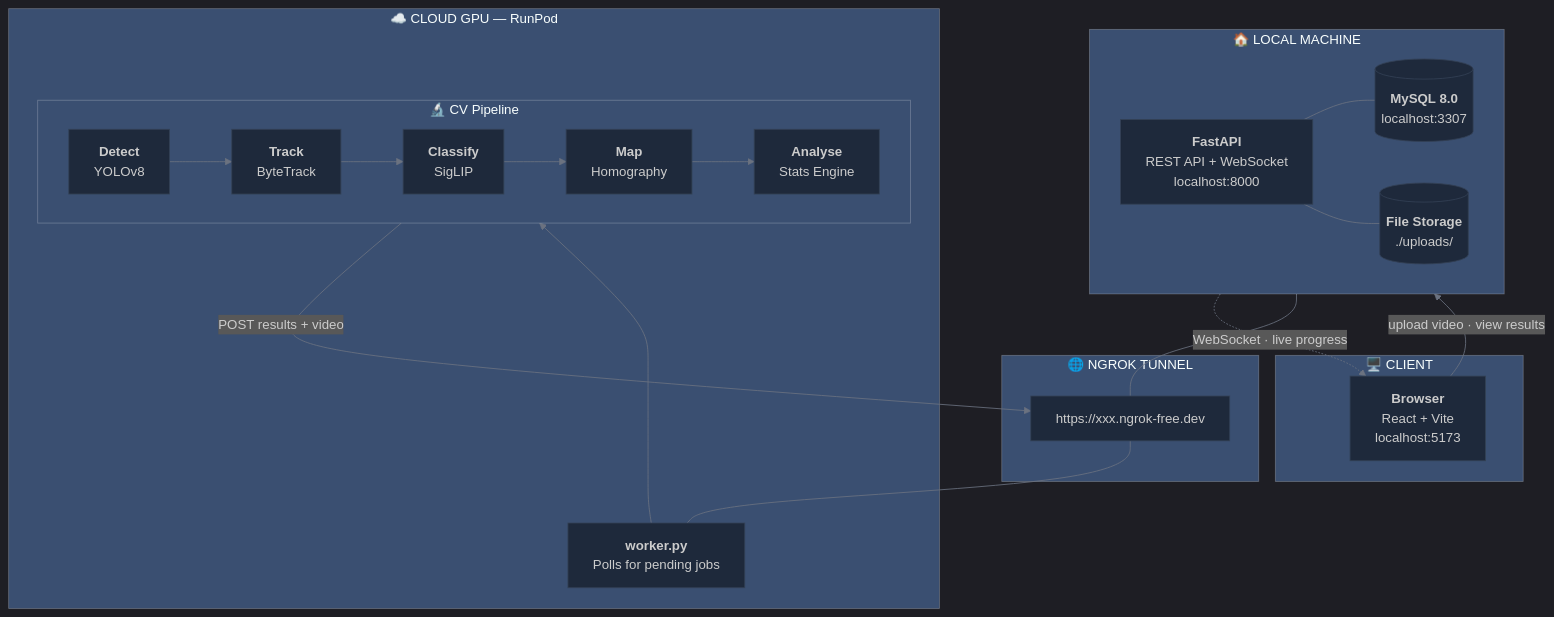
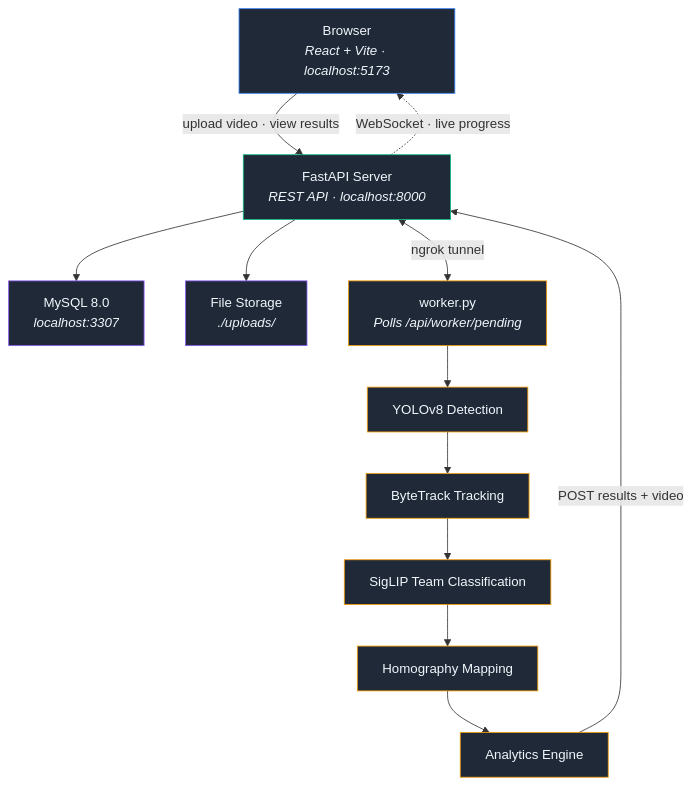
The first of 3 diagrams in README.md (esharif20/football-analytics-dashboard), drawn with Mermaid before and after one commit.

Commit message:
Redesign system architecture to match pipeline diagram style
Same node styling (fill:#1f2937, emerald/blue/amber borders), no emojis,
no nested subgraphs, flat TD flow. Color-coded by role: blue=frontend,
green=API, purple=storage, amber=GPU pipeline.

````diff
--- a/README.md
+++ b/README.md
@@ -11,40 +11,32 @@
 ```mermaid
-%%{init: {'theme': 'dark', 'themeVariables': { 'primaryColor': '#10b981', 'primaryTextColor': '#e2e8f0', 'primaryBorderColor': '#059669', 'lineColor': '#6b7280', 'secondaryColor': '#1e293b', 'tertiaryColor': '#0f172a', 'mainBkg': '#1e293b', 'nodeBorder': '#334155'}}}%%
+graph TD
+    Browser["Browser<br/><i>React + Vite · localhost:5173</i>"]
 
-flowchart TD
-    subgraph client [" 🖥️  CLIENT "]
-        Browser["<b>Browser</b><br/>React + Vite<br/>localhost:5173"]
-    end
+    Browser -->|"upload video · view results"| API
+    API -.->|"WebSocket · live progress"| Browser
 
-    subgraph local [" 🏠  LOCAL MACHINE "]
-        direction LR
-        API["<b>FastAPI</b><br/>REST API + WebSocket<br/>localhost:8000"]
-        DB[("<b>MySQL 8.0</b><br/>localhost:3307")]
-        Files[("<b>File Storage</b><br/>./uploads/")]
-    end
+    API["FastAPI Server<br/><i>REST API · localhost:8000</i>"]
+    API --> DB["MySQL 8.0<br/><i>localhost:3307</i>"]
+    API --> FS["File Storage<br/><i>./uploads/</i>"]
 
-    subgraph tunnel [" 🌐  NGROK TUNNEL "]
-        ngrok["https://xxx.ngrok-free.dev"]
-    end
+    API <-->|"ngrok tunnel"| Worker
 
-    subgraph cloud [" ☁️  CLOUD GPU — RunPod "]
-        Worker["<b>worker.py</b><br/>Polls for pending jobs"]
-        subgraph pipeline [" 🔬  CV Pipeline "]
-            direction LR
-            D["<b>Detect</b><br/>YOLOv8"]
-            T["<b>Track</b><br/>ByteTrack"]
-            C["<b>Classify</b><br/>SigLIP"]
-            M["<b>Map</b><br/>Homography"]
-            A["<b>Analyse</b><br/>Stats Engine"]
-        end
-    end
+    Worker["worker.py<br/><i>Polls /api/worker/pending</i>"]
+    Worker --> Detect["YOLOv8 Detection"]
+    Detect --> Track["ByteTrack Tracking"]
+    Track --> Classify["SigLIP Team Classification"]
+    Classify --> Map["Homography Mapping"]
+    Map --> Analyse["Analytics Engine"]
+    Analyse -->|"POST results + video"| API
 
-    Browser -- "upload video · view results" --> API
-    API -. "WebSocket · live progress" .-> Browser
-    API --- DB
-    API --- Files
-    API --- ngrok
-    ngrok --- Worker
-    Worker --> D --> T --> C --> M --> A
-    A -- "POST results + video" --> ngrok
+    style Browser fill:#1f2937,stroke:#3b82f6,color:#f0f6fc
+    style API fill:#1f2937,stroke:#10b981,color:#f0f6fc
+    style DB fill:#1f2937,stroke:#8b5cf6,color:#f0f6fc
+    style FS fill:#1f2937,stroke:#8b5cf6,color:#f0f6fc
+    style Worker fill:#1f2937,stroke:#f59e0b,color:#f0f6fc
+    style Detect fill:#1f2937,stroke:#f59e0b,color:#f0f6fc
+    style Track fill:#1f2937,stroke:#f59e0b,color:#f0f6fc
+    style Classify fill:#1f2937,stroke:#f59e0b,color:#f0f6fc
+    style Map fill:#1f2937,stroke:#f59e0b,color:#f0f6fc
+    style Analyse fill:#1f2937,stroke:#f59e0b,color:#f0f6fc
 ```
````
